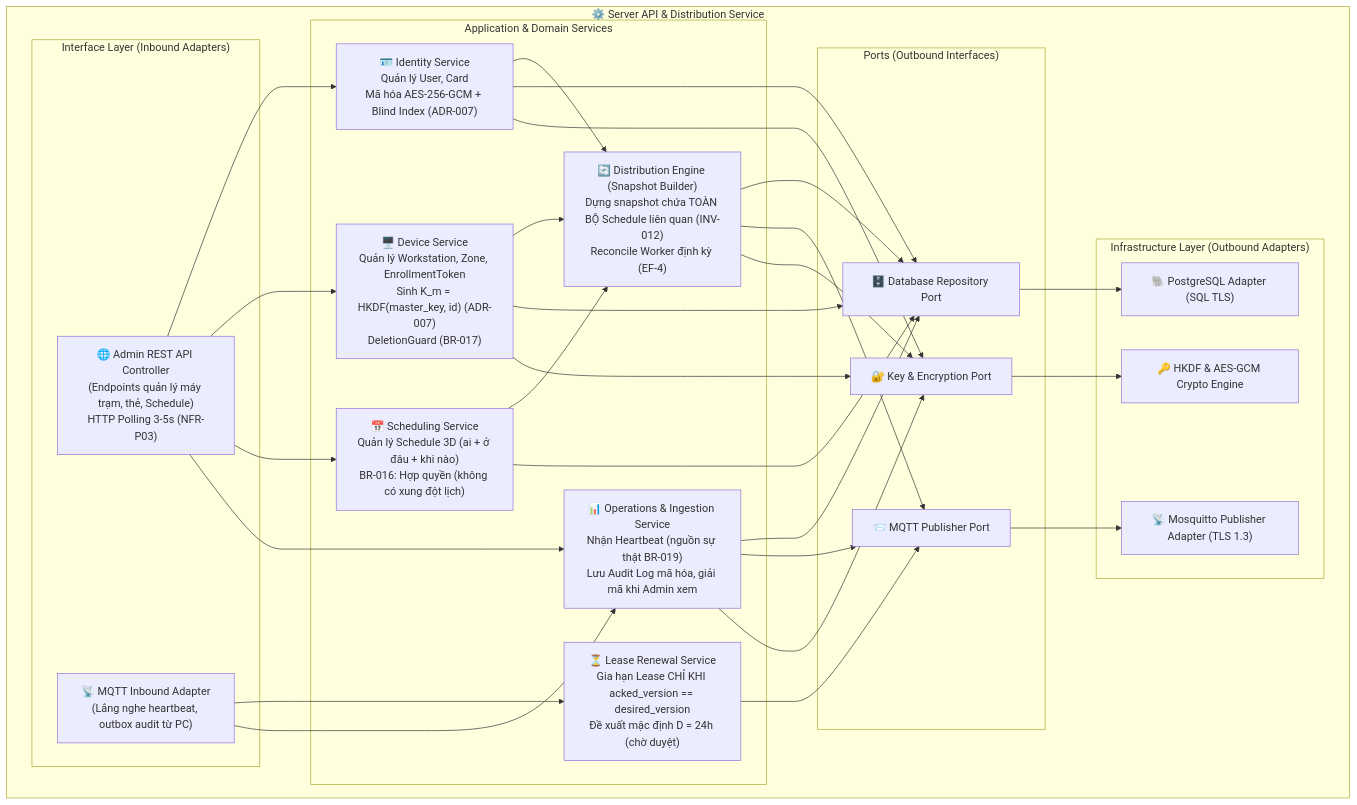
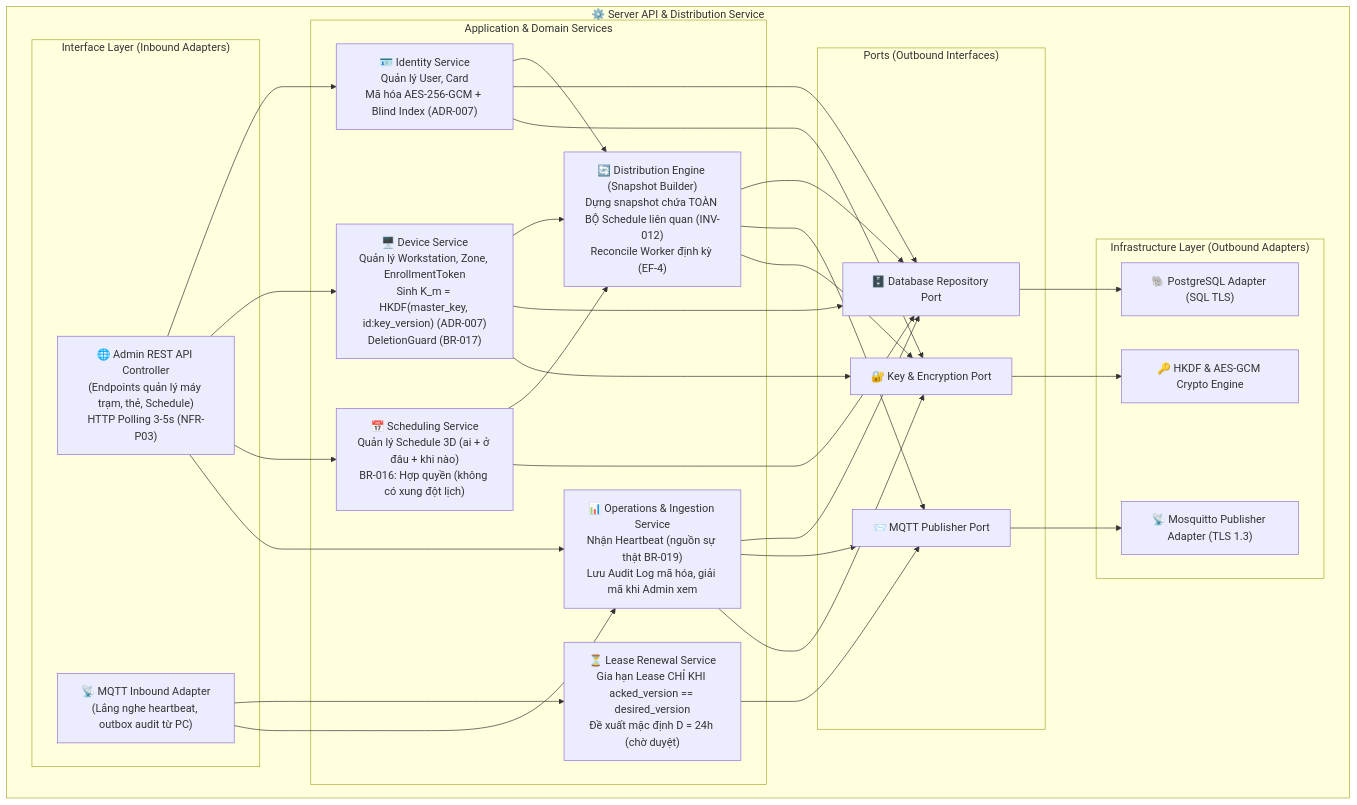
Before and after one commit to binhtoong21/linux-access-control: the first of 4 diagrams in design/docs/06-architecture/components.md, drawn with Mermaid. The commit also changed other lines of this file and 15 other files, not shown here.

````diff
--- a/design/docs/06-architecture/components.md
+++ b/design/docs/06-architecture/components.md
@@ -12,61 +12,61 @@
 ```mermaid
 flowchart TD
     subgraph SERVER_CONTAINER["⚙️ Server API & Distribution Service"]
         subgraph INTERFACE_LAYER["Interface Layer (Inbound Adapters)"]
             RESTController["🌐 Admin REST API Controller\n(Endpoints quản lý máy trạm, thẻ, Schedule)\nHTTP Polling 3-5s (NFR-P03)"]
             MQTTInbound["📡 MQTT Inbound Adapter\n(Lắng nghe heartbeat, outbox audit từ PC)"]
         end
 
         subgraph APPLICATION_LAYER["Application & Domain Services"]
             IdentityService["🪪 Identity Service\nQuản lý User, Card\nMã hóa AES-256-GCM + Blind Index (ADR-007)"]
-            DeviceService["🖥️ Device Service\nQuản lý Workstation, Zone, EnrollmentToken\nSinh K_m = HKDF(master_key, id) (ADR-007)\nDeletionGuard (BR-017)"]
+            DeviceService["🖥️ Device Service\nQuản lý Workstation, Zone, EnrollmentToken\nSinh K_m = HKDF(master_key, id:key_version) (ADR-007)\nDeletionGuard (BR-017)"]
             SchedulingService["📅 Scheduling Service\nQuản lý Schedule 3D (ai + ở đâu + khi nào)\nBR-016: Hợp quyền (không có xung đột lịch)"]
             DistributionEngine["🔄 Distribution Engine (Snapshot Builder)\nDựng snapshot chứa TOÀN BỘ Schedule liên quan (INV-012)\nReconcile Worker định kỳ (EF-4)"]
             LeaseRenewalService["⏳ Lease Renewal Service\nGia hạn Lease CHỈ KHI acked_version == desired_version\nĐề xuất mặc định D = 24h (chờ duyệt)"]
             OperationsService["📊 Operations & Ingestion Service\nNhận Heartbeat (nguồn sự thật BR-019)\nLưu Audit Log mã hóa, giải mã khi Admin xem"]
         end
 
         subgraph PORTS_LAYER["Ports (Outbound Interfaces)"]
             RepoPort["🗄️ Database Repository Port"]
             MQTTPort["📨 MQTT Publisher Port"]
             CryptoPort["🔐 Key & Encryption Port"]
         end
 
         subgraph INFRA_LAYER["Infrastructure Layer (Outbound Adapters)"]
             PostgresRepo["🐘 PostgreSQL Adapter (SQL TLS)"]
             MQTTPublisher["📡 Mosquitto Publisher Adapter (TLS 1.3)"]
             CryptoService["🔑 HKDF & AES-GCM Crypto Engine"]
         end
     end
 
     RESTController --> IdentityService
     RESTController --> DeviceService
     RESTController --> SchedulingService
     RESTController --> OperationsService
 
     MQTTInbound --> LeaseRenewalService
     MQTTInbound --> OperationsService
 
     IdentityService --> DistributionEngine
     DeviceService --> DistributionEngine
     SchedulingService --> DistributionEngine
 
     IdentityService --> RepoPort
     DeviceService --> RepoPort
     SchedulingService --> RepoPort
     OperationsService --> RepoPort
     DistributionEngine --> RepoPort
 
     DistributionEngine --> MQTTPort
     LeaseRenewalService --> MQTTPort
     OperationsService --> MQTTPort
 
     IdentityService --> CryptoPort
     DeviceService --> CryptoPort
     DistributionEngine --> CryptoPort
     OperationsService --> CryptoPort
 
     RepoPort --> PostgresRepo
     MQTTPort --> MQTTPublisher
     CryptoPort --> CryptoService
 ```
````
